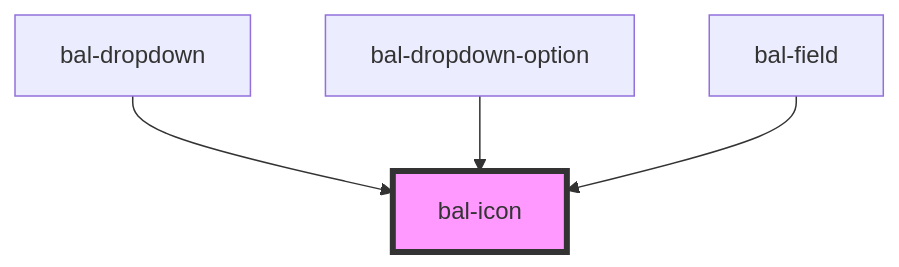
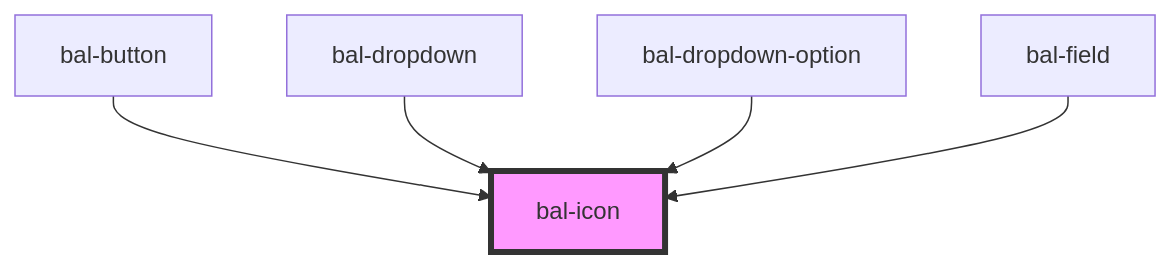
The diagram in packages/ui-library-next/src/components/icon/readme.md (baloise/ui-library-next), drawn with Mermaid before and after one commit. The commit also changed other lines of this file and 45 other files, not shown here.

````diff
--- a/packages/ui-library-next/src/components/icon/readme.md
+++ b/packages/ui-library-next/src/components/icon/readme.md
@@ -118,7 +119,8 @@
 ```mermaid
 graph TD;
+  bal-button --> bal-icon
   bal-dropdown --> bal-icon
   bal-dropdown-option --> bal-icon
   bal-field --> bal-icon
   style bal-icon fill:#f9f,stroke:#333,stroke-width:4px
 ```
````
